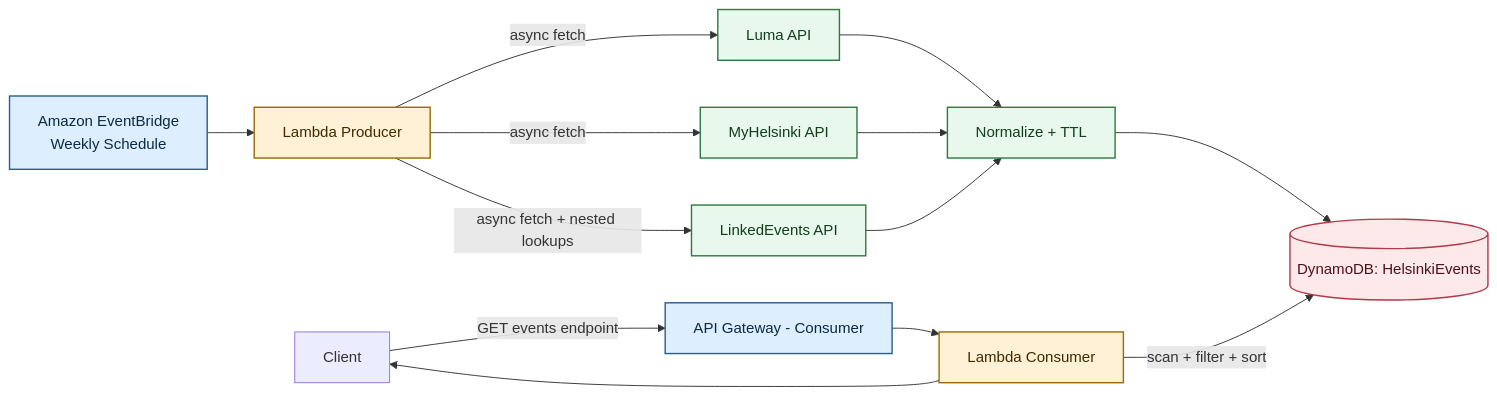
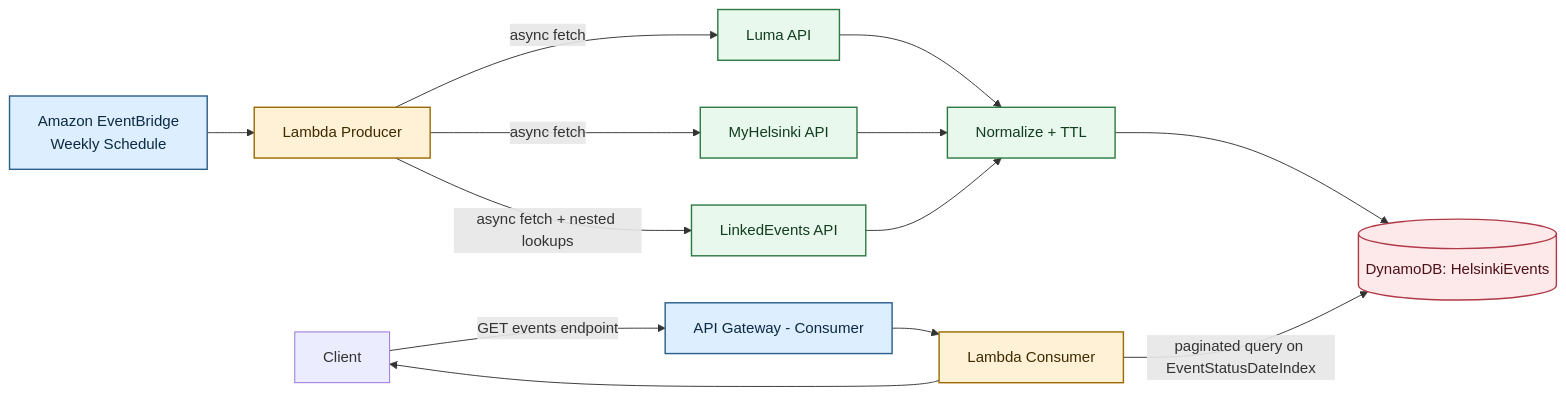
Before and after one commit to A2p3kt/event-aggregator: the first of 3 diagrams in README.md, drawn with Mermaid. The commit also changed other lines of this file and 1 other file, not shown here.

````diff
--- a/README.md
+++ b/README.md
@@ -38,31 +38,31 @@
 ```mermaid
 flowchart LR
   EventBridge[Amazon EventBridge\nWeekly Schedule] --> Producer[Lambda Producer]
 
     Producer -->|async fetch| MyHelsinki[MyHelsinki API]
     Producer -->|async fetch| Luma[Luma API]
     Producer -->|async fetch + nested lookups| LinkedEvents[LinkedEvents API]
 
     
     Normalize[Normalize + TTL]
     Luma --> Normalize
     MyHelsinki --> Normalize
     LinkedEvents --> Normalize
     Normalize --> DDB[(DynamoDB: HelsinkiEvents)]
 
     Client -->|GET events endpoint| ConsumerAPI[API Gateway - Consumer]
     ConsumerAPI --> Consumer[Lambda Consumer]
-    Consumer -->|scan + filter + sort| DDB
+    Consumer -->|paginated query on EventStatusDateIndex| DDB
     Consumer --> Client
 
     classDef api fill:#dceeff,stroke:#2b5f8a,stroke-width:1.5px,color:#0b2a42
     classDef lambda fill:#fff1d6,stroke:#9a6b00,stroke-width:1.5px,color:#3f2a00
     classDef ext fill:#e8f8ec,stroke:#2f7a42,stroke-width:1.5px,color:#123d1f
     classDef db fill:#fde8ea,stroke:#b03a48,stroke-width:1.5px,color:#4d1118
 
     class ConsumerAPI api
     class Producer,Consumer lambda
     class MyHelsinki,Luma,LinkedEvents,Normalize ext
     class DDB db
     class EventBridge api
 ```
````
